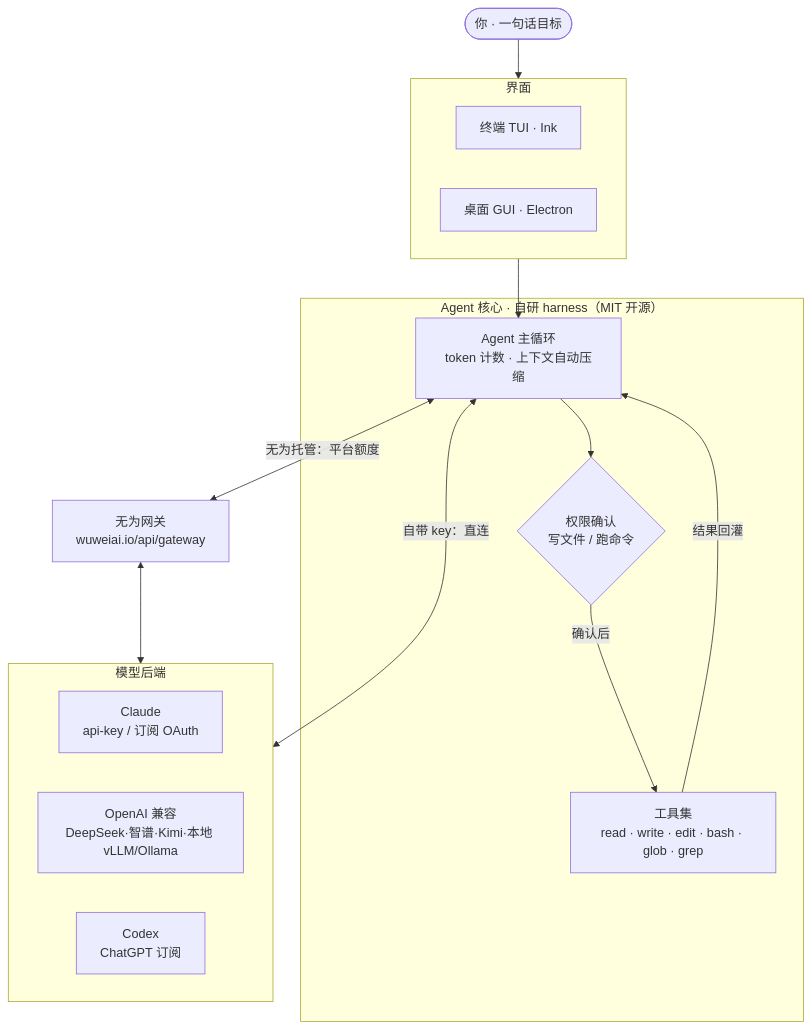
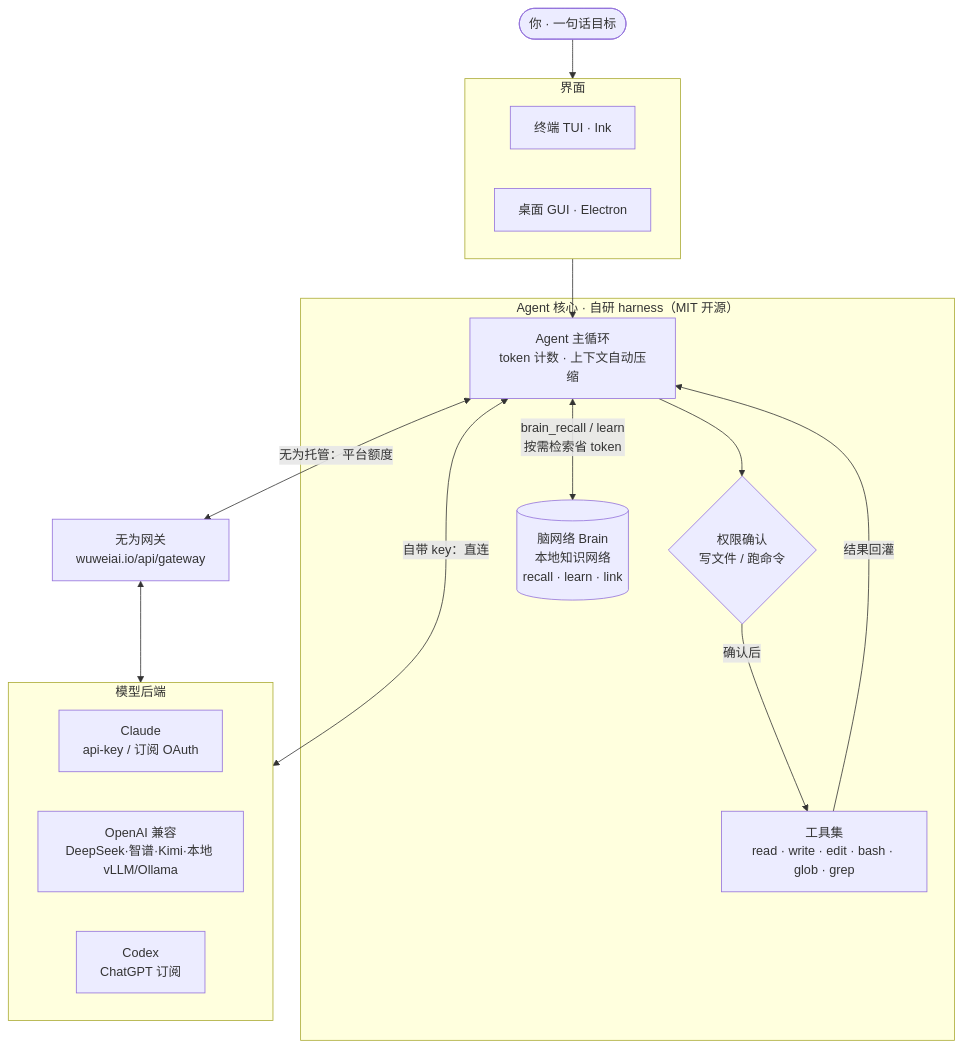
The diagram in README.md (KehuiPang/wuwei), drawn with Mermaid before and after one commit. The commit also changed other lines of this file, not shown here.

First line of the commit message:
docs(readme): 补脑网络(Brain)特性 + 加进架构图

````diff
--- a/README.md
+++ b/README.md
@@ -44,28 +55,30 @@
 ```mermaid
 flowchart TB
     User(["你 · 一句话目标"])
 
     subgraph UI["界面"]
       TUI["终端 TUI · Ink"]
       GUI["桌面 GUI · Electron"]
     end
 
     subgraph Core["Agent 核心 · 自研 harness（MIT 开源）"]
       Loop["Agent 主循环<br/>token 计数 · 上下文自动压缩"]
       Perm{"权限确认<br/>写文件 / 跑命令"}
       Tools["工具集<br/>read · write · edit · bash · glob · grep"]
+      Brain[("脑网络 Brain<br/>本地知识网络<br/>recall · learn · link")]
     end
 
     subgraph Backend["模型后端"]
       P1["Claude<br/>api-key / 订阅 OAuth"]
       P2["OpenAI 兼容<br/>DeepSeek·智谱·Kimi·本地 vLLM/Ollama"]
       P3["Codex<br/>ChatGPT 订阅"]
     end
 
     User --> UI --> Loop
     Loop --> Perm -->|确认后| Tools
     Tools -->|结果回灌| Loop
+    Loop <-->|brain_recall / learn<br/>按需检索省 token| Brain
     Loop <-->|自带 key：直连| Backend
     Loop <-->|无为托管：平台额度| GW["无为网关<br/>wuweiai.io/api/gateway"]
     GW <--> Backend
 ```
````
